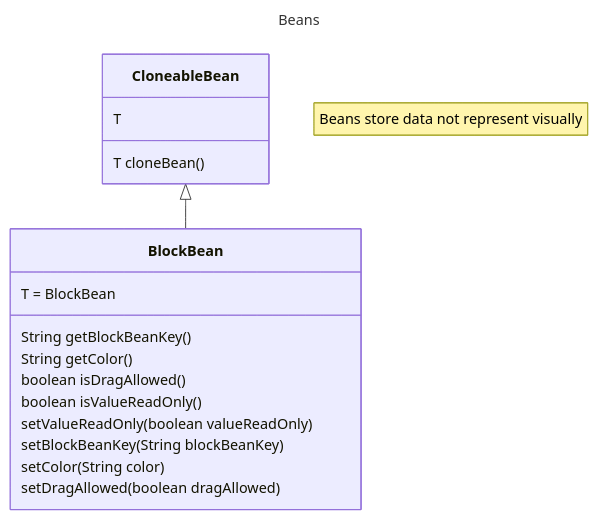
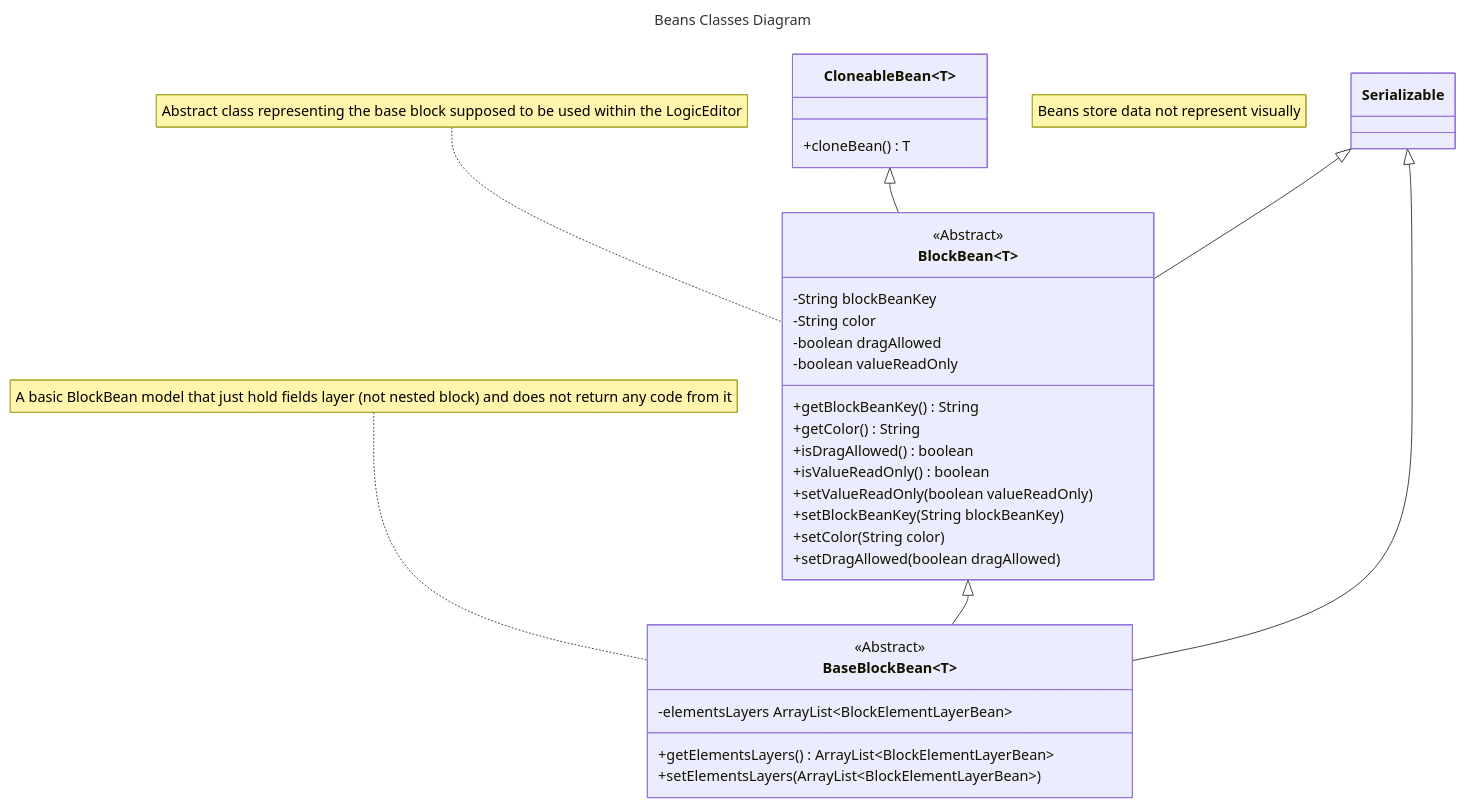
One commit to Innovative-CST/AndroidAppStudio changed the diagram in docs/beans-classes.md. Above: the diagram before and after it, drawn with Mermaid.

Commit message:
uml: add UML of BaseBlockBean class and improve uml of BlockBean

````diff
--- a/docs/beans-classes.md
+++ b/docs/beans-classes.md
@@ -1,23 +1,41 @@
 ```mermaid
 ---
-title: Beans
+title: Beans Classes Diagram
 ---
 classDiagram
     note "Beans store data not represent visually"
-    CloneableBean <|-- BlockBean
-    class CloneableBean {
-        T
-        T cloneBean()
+    class CloneableBean~T~ {
+        +cloneBean() T
     }
-    class BlockBean {
-        T = BlockBean
-        String getBlockBeanKey()
-        String getColor()
-        boolean isDragAllowed()
-        boolean isValueReadOnly()
-        setValueReadOnly(boolean valueReadOnly)
-        setBlockBeanKey(String blockBeanKey)
-        setColor(String color)
-        setDragAllowed(boolean dragAllowed)
+    class BlockBean~T~ {
+        <<Abstract>>
+
+        -String blockBeanKey
+	    -String color
+	    -boolean dragAllowed
+	    -boolean valueReadOnly
+
+        +getBlockBeanKey() String
+        +getColor() String
+        +isDragAllowed() boolean
+        +isValueReadOnly() boolean
+        +setValueReadOnly(boolean valueReadOnly)
+        +setBlockBeanKey(String blockBeanKey)
+        +setColor(String color)
+        +setDragAllowed(boolean dragAllowed)
     }
+    note for BlockBean "Abstract class representing the base block supposed to be used within the LogicEditor"
+    class BaseBlockBean~T~ {
+        <<Abstract>>
+
+        -elementsLayers ArrayList~BlockElementLayerBean~
+        
+        +getElementsLayers() ArrayList~BlockElementLayerBean~
+        +setElementsLayers(ArrayList~BlockElementLayerBean~)
+    }
+    note for BaseBlockBean "A basic BlockBean model that just hold fields layer (not nested block) and does not return any code from it"
+    CloneableBean~T~ <|-- BlockBean~T~
+    Serializable <|-- BlockBean~T~
+    BlockBean~T~ <|-- BaseBlockBean~T~
+    Serializable <|-- BaseBlockBean~T~
 ```
````
